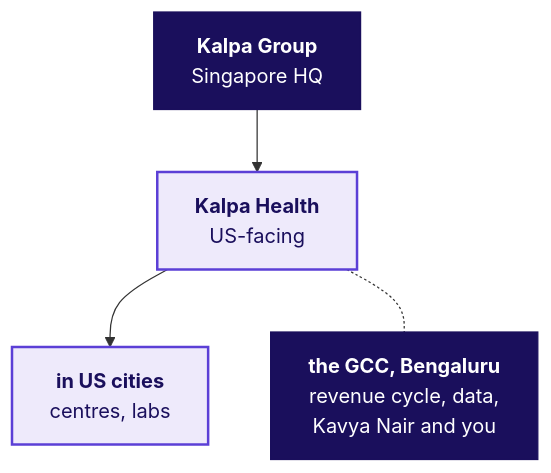
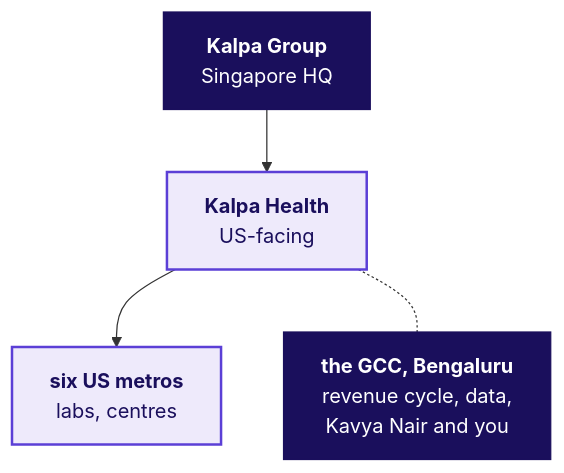
The third of 7 diagrams in content/W03/D1/trainer/C2_W03_D01_domain_story_TRAINER.md (fde-academy-lab/c2-content-factory), drawn with Mermaid before and after one commit. The commit also changed other lines of this file, not shown here.

First line of the commit message:
W03 domain talk track: question parts, the six metros and four payers, James on the data's prices, and a days-in-AR question in place of the billed-against-collected one

````diff
--- a/content/W03/D1/trainer/C2_W03_D01_domain_story_TRAINER.md
+++ b/content/W03/D1/trainer/C2_W03_D01_domain_story_TRAINER.md
@@ -74,10 +74,10 @@
 ```mermaid
 flowchart TB
     G["<b>Kalpa Group</b><br/>Singapore HQ"] --> H["<b>Kalpa Health</b><br/>US-facing"]
-    H --> U["<b>in US cities</b><br/>centres, labs"]
+    H --> U["<b>six US metros</b><br/>labs, centres"]
     H -.- C["<b>the GCC, Bengaluru</b><br/>revenue cycle, data,<br/>Kavya Nair and you"]
     classDef unit fill:#EEEAFB,stroke:#5B3FD6,color:#1A0F5C,stroke-width:2px
     classDef dark fill:#1A0F5C,stroke:#1A0F5C,color:#FFFFFF
     class H,U unit
     class G,C dark
 ```
````
